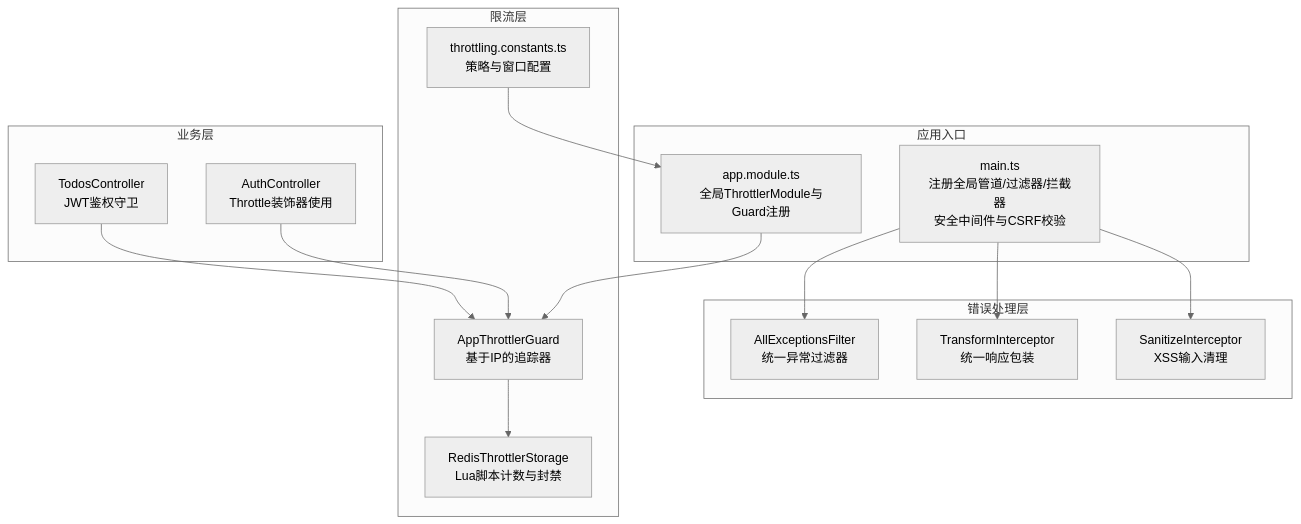
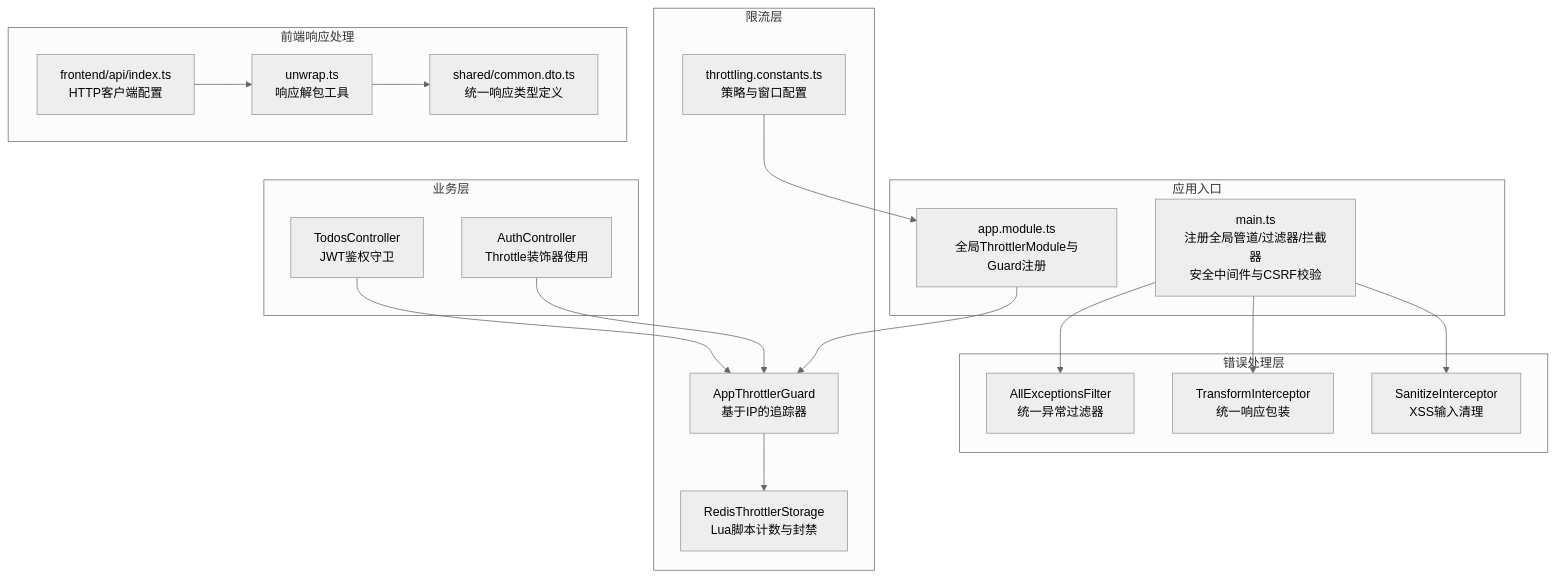
One commit to xixixiaoyu/Todo changed the first of 6 diagrams in .qoder/repowiki/zh/content/API参考/错误处理.md. Above: the diagram before and after it, drawn with Mermaid (neutral theme). The commit also changed other lines of this file and 5 other files, not shown here.

````diff
--- a/.qoder/repowiki/zh/content/API参考/错误处理.md
+++ b/.qoder/repowiki/zh/content/API参考/错误处理.md
@@ -53,29 +66,36 @@
 ```mermaid
 graph TB
 subgraph "应用入口"
 M["main.ts<br/>注册全局管道/过滤器/拦截器<br/>安全中间件与CSRF校验"]
 AM["app.module.ts<br/>全局ThrottlerModule与Guard注册"]
 end
 subgraph "错误处理层"
 F["AllExceptionsFilter<br/>统一异常过滤器"]
 TI["TransformInterceptor<br/>统一响应包装"]
 SI["SanitizeInterceptor<br/>XSS输入清理"]
 end
 subgraph "限流层"
 TG["AppThrottlerGuard<br/>基于IP的追踪器"]
 RS["RedisThrottlerStorage<br/>Lua脚本计数与封禁"]
 TC["throttling.constants.ts<br/>策略与窗口配置"]
 end
+subgraph "前端响应处理"
+U["unwrap.ts<br/>响应解包工具"]
+SH["shared/common.dto.ts<br/>统一响应类型定义"]
+API["frontend/api/index.ts<br/>HTTP客户端配置"]
+end
 subgraph "业务层"
 AC["AuthController<br/>Throttle装饰器使用"]
 TCtr["TodosController<br/>JWT鉴权守卫"]
 end
 M --> F
 M --> TI
 M --> SI
 AM --> TG
 TG --> RS
 TC --> AM
 AC --> TG
 TCtr --> TG
+U --> SH
+API --> U
 ```
````
